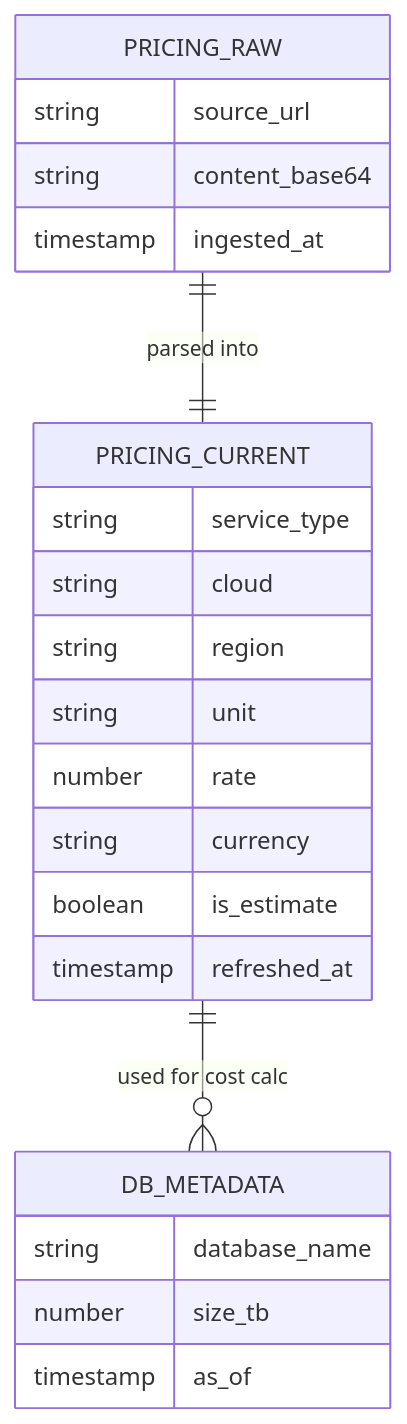
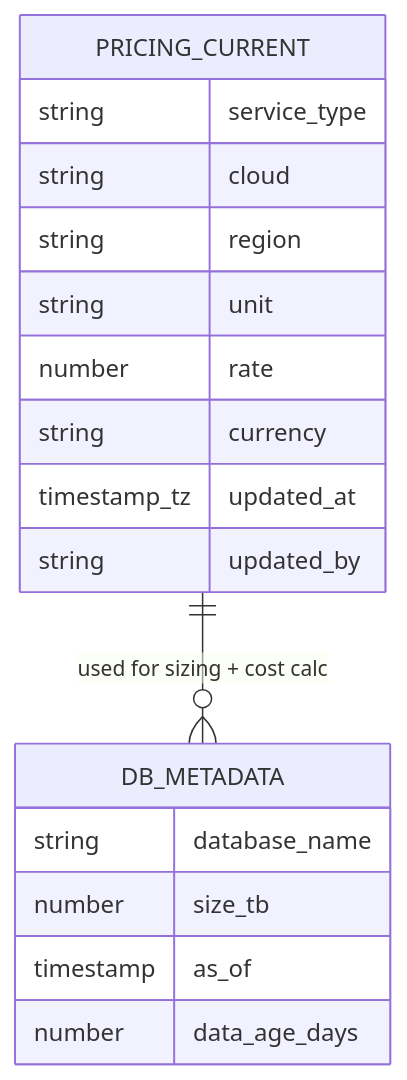
Before and after one commit to sfc-gh-miwhitaker/replicatethis: the diagram in diagrams/data-model.md, drawn with Mermaid. The commit also changed other lines of this file and 15 other files, not shown here.

````diff
--- a/diagrams/data-model.md
+++ b/diagrams/data-model.md
@@ -14,26 +14,21 @@
 ```mermaid
 erDiagram
-  PRICING_RAW {
-    string source_url
-    string content_base64
-    timestamp ingested_at
-  }
   PRICING_CURRENT {
     string service_type
     string cloud
     string region
     string unit
     number rate
     string currency
-    boolean is_estimate
-    timestamp refreshed_at
+    timestamp_tz updated_at
+    string updated_by
   }
   DB_METADATA {
     string database_name
     number size_tb
     timestamp as_of
+    number data_age_days
   }
 
-  PRICING_RAW ||--|| PRICING_CURRENT : "parsed into"
-  PRICING_CURRENT ||--o{ DB_METADATA : "used for cost calc"
+  PRICING_CURRENT ||--o{ DB_METADATA : "used for sizing + cost calc"
 ```
````
